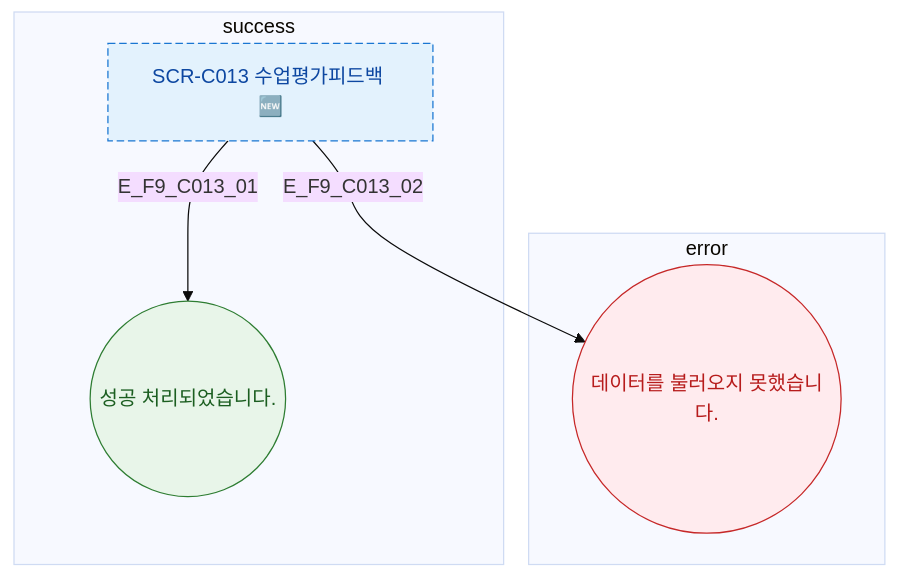
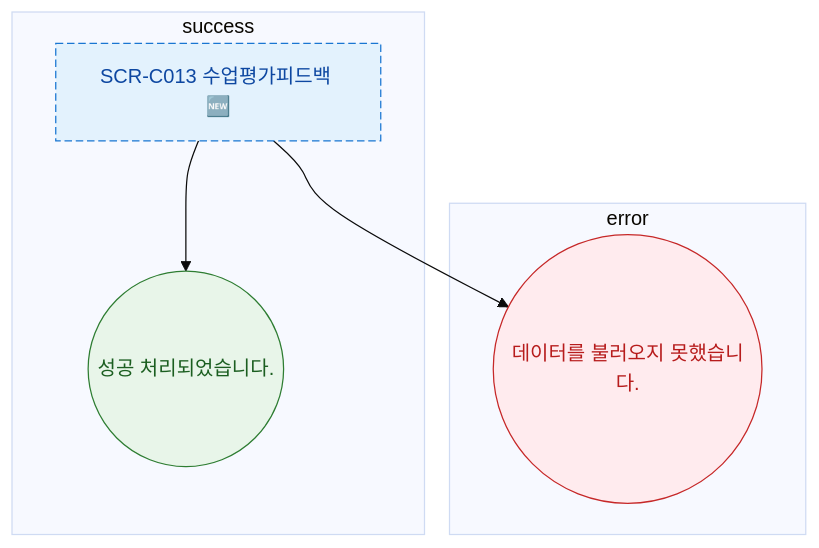
The diagram in docs/다이어그램/D04_수업관리/SCR-C013_수업평가피드백/F9_토스트.md (dev-spogym/admin-pando), drawn with Mermaid (base theme) before and after one commit. The commit also changed other lines of this file and 1660 other files, not shown here.

First line of the commit message:
다이어그램: 기획자/클라이언트 납품본으로 정리

````diff
--- a/docs/다이어그램/D04_수업관리/SCR-C013_수업평가피드백/F9_토스트.md
+++ b/docs/다이어그램/D04_수업관리/SCR-C013_수업평가피드백/F9_토스트.md
@@ -20,18 +18,18 @@
 ```mermaid
 flowchart TD
   SCR_NODE[SCR-C013 수업평가피드백 🆕]
   subgraph success_toasts[success]
-    SCR_NODE -->|E_F9_C013_01| T_OK((성공 처리되었습니다.))
+    SCR_NODE --> T_OK((성공 처리되었습니다.))
   end
   subgraph error_toasts[error]
-    SCR_NODE -->|E_F9_C013_02| T_ERR((데이터를 불러오지 못했습니다.))
+    SCR_NODE --> T_ERR((데이터를 불러오지 못했습니다.))
   end
   classDef screen fill:#E3F2FD,stroke:#1976D2,color:#0D47A1
   classDef success fill:#E8F5E9,stroke:#2E7D32,color:#1B5E20
   classDef error fill:#FFEBEE,stroke:#C62828,color:#B71C1C
   classDef newFeature fill:#F3E5F5,stroke:#7B1FA2,color:#4A148C,stroke-dasharray:6 3
   class SCR_NODE newFeature
   class SCR_NODE screen
   class T_OK success
   class T_ERR error
 ```
````
